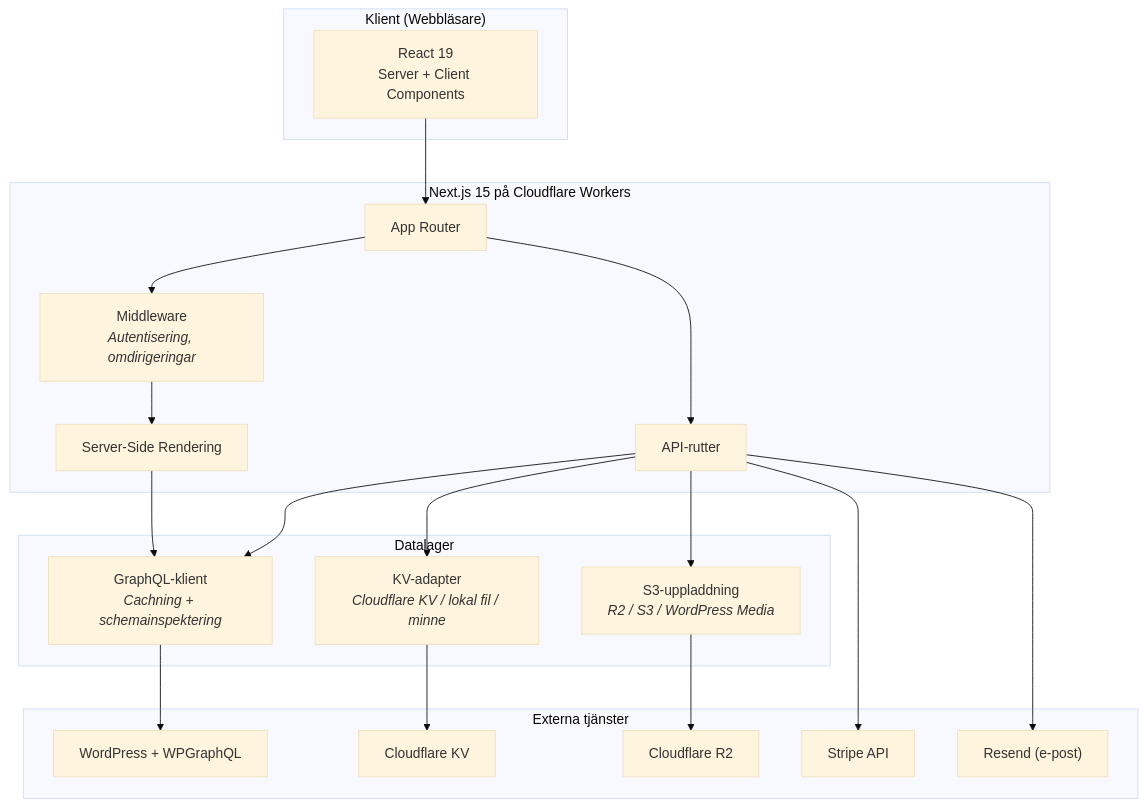
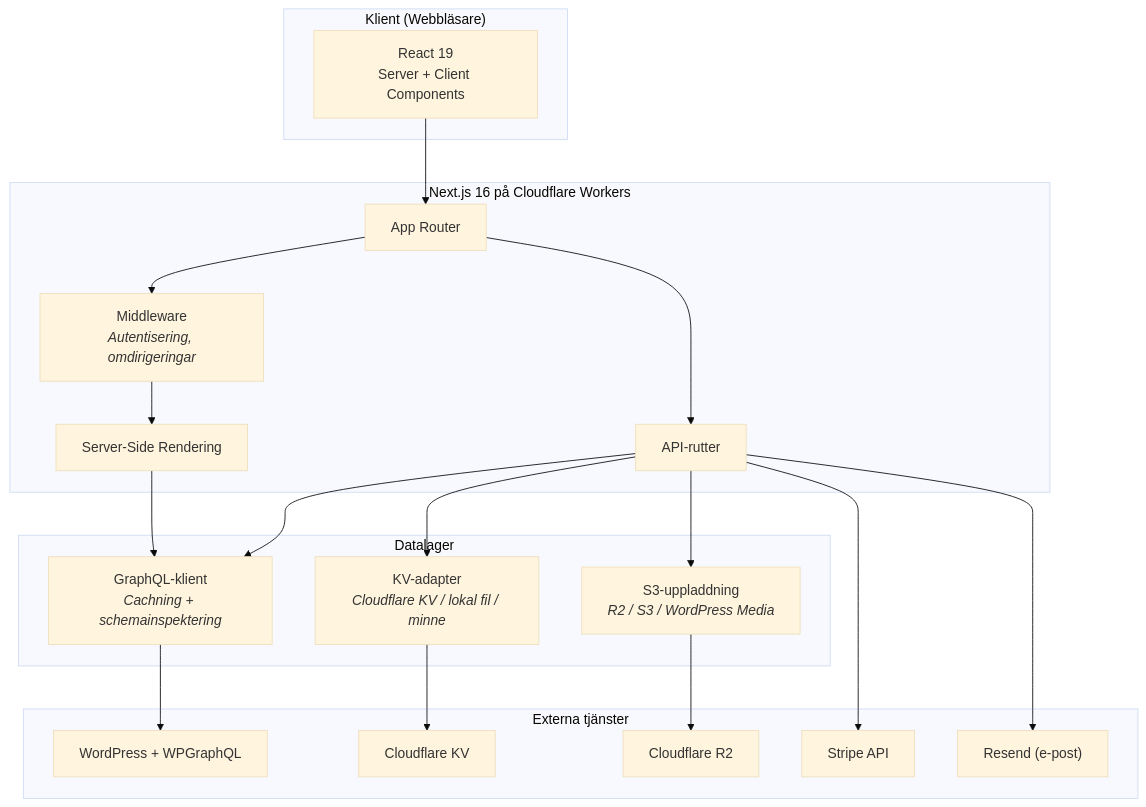
The first of 8 diagrams in docs/README.sv.md (tabenius/wp-cf-front-paywall-stripe), drawn with Mermaid (base theme) before and after one commit. The commit also changed other lines of this file and 4 other files, not shown here.

Commit message:
docs: refresh admin guides with current flow and visuals

````diff
--- a/docs/README.sv.md
+++ b/docs/README.sv.md
@@ -7,37 +7,37 @@
 ```mermaid
 graph TB
     subgraph "Klient (Webbläsare)"
         RC["React 19<br/>Server + Client Components"]
     end
 
-    subgraph "Next.js 15 på Cloudflare Workers"
+    subgraph "Next.js 16 på Cloudflare Workers"
         AR["App Router"]
         MW["Middleware<br/><i>Autentisering, omdirigeringar</i>"]
         SSR["Server-Side Rendering"]
         API["API-rutter"]
     end
 
     subgraph "Datalager"
         GQL["GraphQL-klient<br/><i>Cachning + schemainspektering</i>"]
         KV["KV-adapter<br/><i>Cloudflare KV / lokal fil / minne</i>"]
         S3C["S3-uppladdning<br/><i>R2 / S3 / WordPress Media</i>"]
     end
 
     subgraph "Externa tjänster"
         WP["WordPress + WPGraphQL"]
         ST["Stripe API"]
         CKV["Cloudflare KV"]
         R2["Cloudflare R2"]
         RS["Resend (e-post)"]
     end
 
     RC --> AR
     AR --> MW --> SSR
     AR --> API
     SSR --> GQL --> WP
     API --> GQL
     API --> KV --> CKV
     API --> S3C --> R2
     API --> ST
     API --> RS
 ```
````
